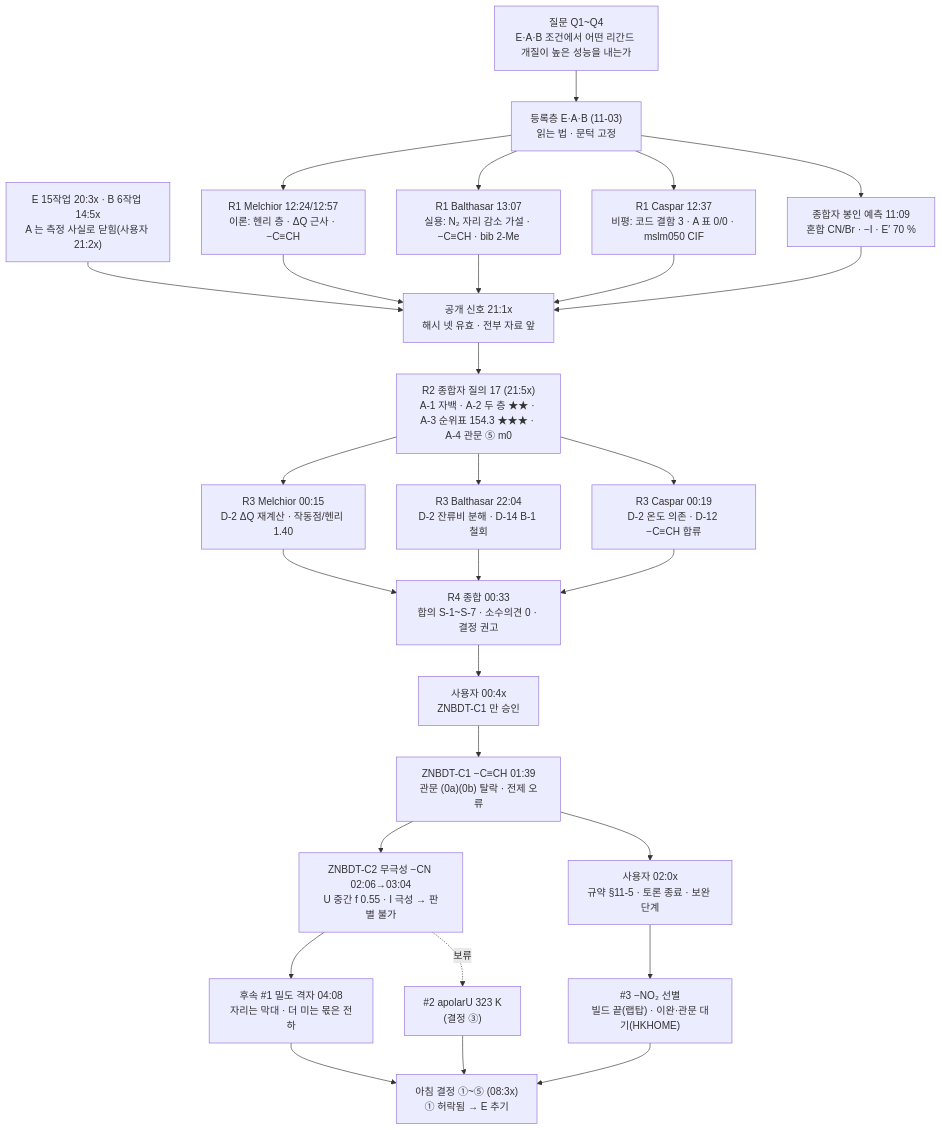
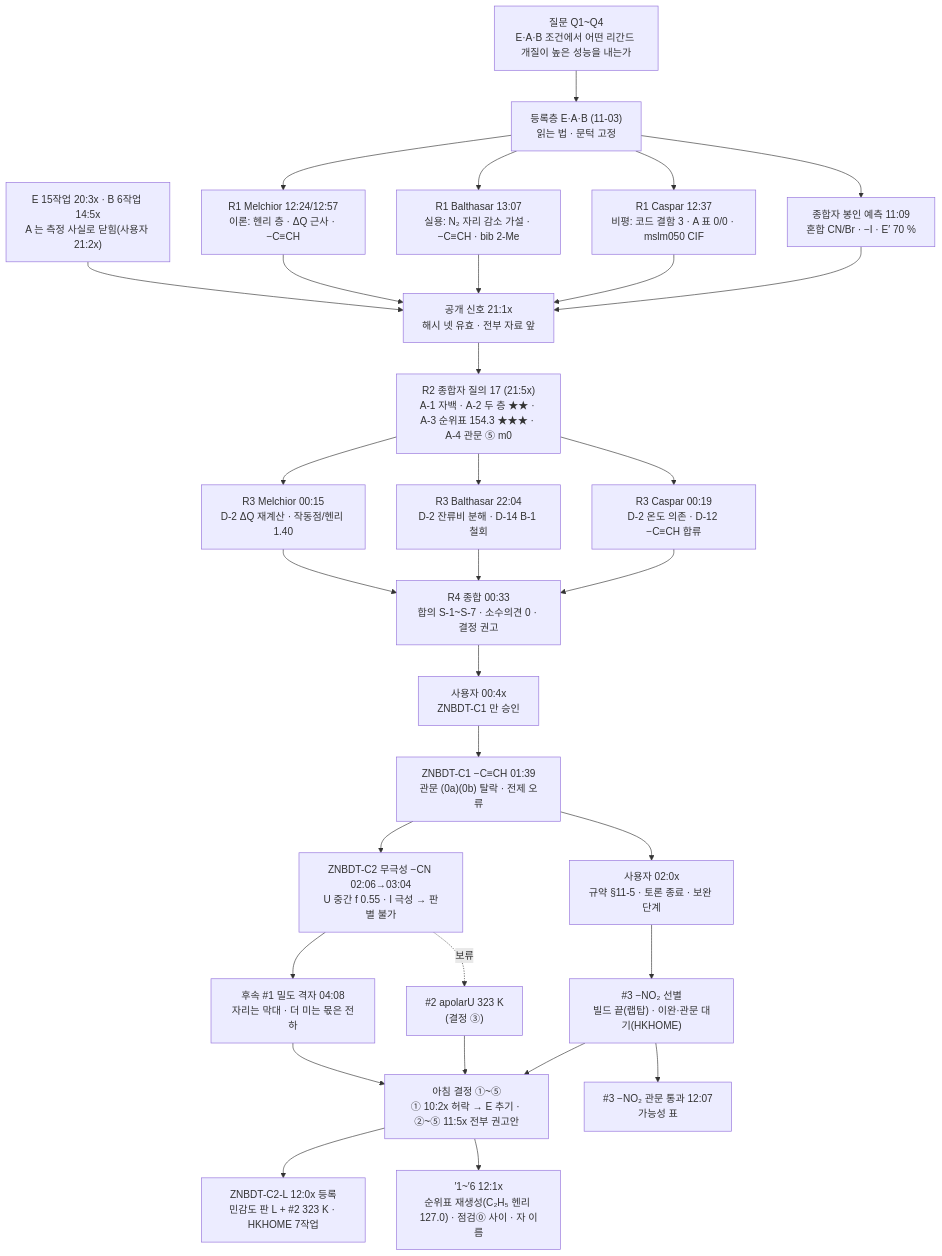
Before and after one commit to mangwon3-commits/Czero_mtv_mof: the first of 2 diagrams in 21_ZIF69_MTV/MAGI/MAGI-007_obsidian/graph/FLOW.md, drawn with Mermaid. The commit also changed other lines of this file and 26 other files, not shown here.

First line of the commit message:
MAGI-007 amendments 1-6 executed (user decision 5), -NO2 gate pass verified, vault flow and timeline updated

````diff
--- a/21_ZIF69_MTV/MAGI/MAGI-007_obsidian/graph/FLOW.md
+++ b/21_ZIF69_MTV/MAGI/MAGI-007_obsidian/graph/FLOW.md
@@ -14,23 +14,26 @@
 ```mermaid
 flowchart TD
   Q["질문 Q1~Q4<br/>E·A·B 조건에서 어떤 리간드 개질이 높은 성능을 내는가"] --> REG["등록층 E·A·B (11-03)<br/>읽는 법 · 문턱 고정"]
   REG --> SEAL["종합자 봉인 예측 11:09<br/>혼합 CN/Br · −I · E′ 70 %"]
   REG --> R1M["R1 Melchior 12:24/12:57<br/>이론: 헨리 층 · ΔQ 근사 · −C≡CH"]
   REG --> R1B["R1 Balthasar 13:07<br/>실용: N₂ 자리 감소 가설 · −C≡CH · bib 2-Me"]
   REG --> R1C["R1 Caspar 12:37<br/>비평: 코드 결함 3 · A 표 0/0 · mslm050 CIF"]
   EAB["E 15작업 20:3x · B 6작업 14:5x<br/>A 는 측정 사실로 닫힘(사용자 21:2x)"] --> OPEN
   R1M & R1B & R1C & SEAL --> OPEN["공개 신호 21:1x<br/>해시 넷 유효 · 전부 자료 앞"]
   OPEN --> R2["R2 종합자 질의 17 (21:5x)<br/>A-1 자백 · A-2 두 층 ★★ · A-3 순위표 154.3 ★★★ · A-4 관문 ⑤ m0"]
   R2 --> R3M["R3 Melchior 00:15<br/>D-2 ΔQ 재계산 · 작동점/헨리 1.40"]
   R2 --> R3B["R3 Balthasar 22:04<br/>D-2 잔류비 분해 · D-14 B-1 철회"]
   R2 --> R3C["R3 Caspar 00:19<br/>D-2 온도 의존 · D-12 −C≡CH 합류"]
   R3M & R3B & R3C --> R4["R4 종합 00:33<br/>합의 S-1~S-7 · 소수의견 0 · 결정 권고"]
   R4 --> U1["사용자 00:4x<br/>ZNBDT-C1 만 승인"]
   U1 --> C1["ZNBDT-C1 −C≡CH 01:39<br/>관문 (0a)(0b) 탈락 · 전제 오류"]
   C1 --> U2["사용자 02:0x<br/>규약 §11-5 · 토론 종료 · 보완 단계"]
   C1 --> C2["ZNBDT-C2 무극성 −CN 02:06→03:04<br/>U 중간 f 0.55 · I 극성 → 판별 불가"]
   C2 --> F1["후속 #1 밀도 격자 04:08<br/>자리는 막대 · 더 미는 몫은 전하"]
   C2 -.보류.-> F2["#2 apolarU 323 K<br/>(결정 ③)"]
   U2 --> F3["#3 −NO₂ 선별<br/>빌드 끝(랩탑) · 이완·관문 대기(HKHOME)"]
-  F1 & F2 & F3 --> AM["아침 결정 ①~⑤ (08:3x)<br/>① 허락됨 → E 추기"]
+  F1 & F2 & F3 --> AM["아침 결정 ①~⑤<br/>① 10:2x 허락 → E 추기 · ②~⑤ 11:5x 전부 권고안"]
+  AM --> L["ZNBDT-C2-L 12:0x 등록<br/>민감도 판 L + #2 323 K · HKHOME 7작업"]
+  AM --> AMD["′1~′6 12:1x<br/>순위표 재생성(C₂H₅ 헨리 127.0) · 점검⓪ 사이 · 자 이름"]
+  F3 --> N3["#3 −NO₂ 관문 통과 12:07<br/>가능성 표"]
 ```
````
